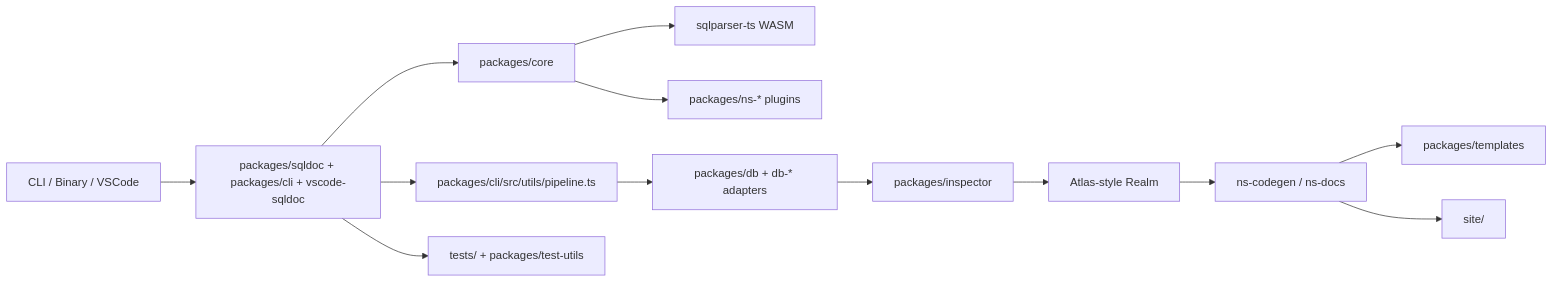
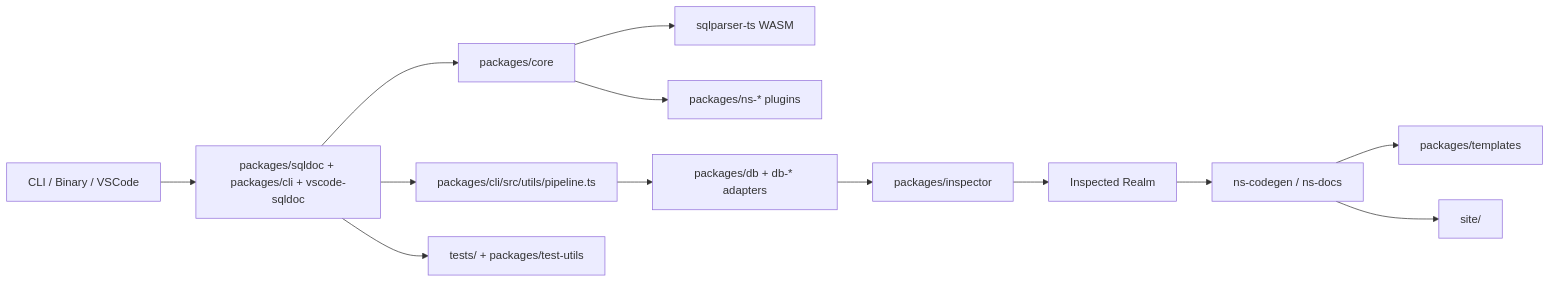
Before and after one commit to elliots/sqldoc: the diagram in dev-docs/repo-overview.md, drawn with Mermaid. The commit also changed other lines of this file and 70 other files, not shown here.

````diff
--- a/dev-docs/repo-overview.md
+++ b/dev-docs/repo-overview.md
@@ -9,15 +9,15 @@
 ```mermaid
 flowchart LR
   User["CLI / Binary / VSCode"] --> Runtime["packages/sqldoc + packages/cli + vscode-sqldoc"]
   Runtime --> Core["packages/core"]
   Core --> Parser["sqlparser-ts WASM"]
   Runtime --> Pipeline["packages/cli/src/utils/pipeline.ts"]
   Pipeline --> DB["packages/db + db-* adapters"]
   DB --> Inspector["packages/inspector"]
-  Inspector --> Realm["Atlas-style Realm"]
+  Inspector --> Realm["Inspected Realm"]
   Core --> NS["packages/ns-* plugins"]
   Realm --> Output["ns-codegen / ns-docs"]
   Output --> Templates["packages/templates"]
   Output --> Site["site/"]
   Runtime --> Tests["tests/ + packages/test-utils"]
 ```
````
